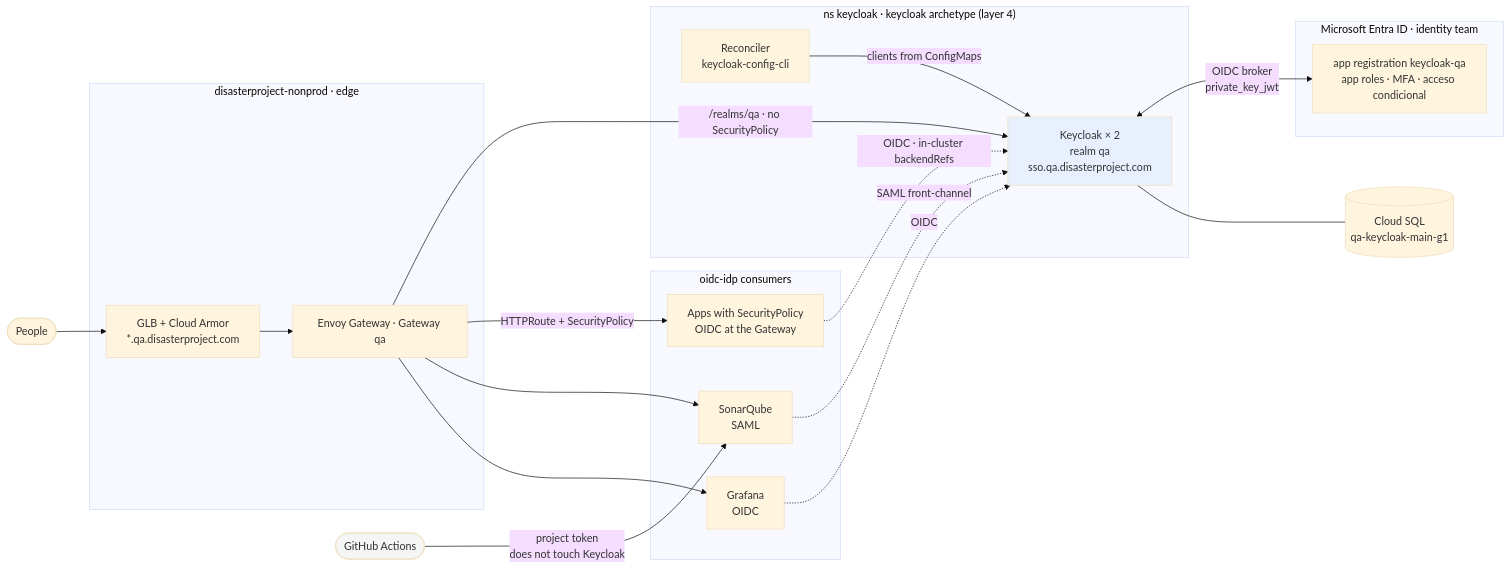
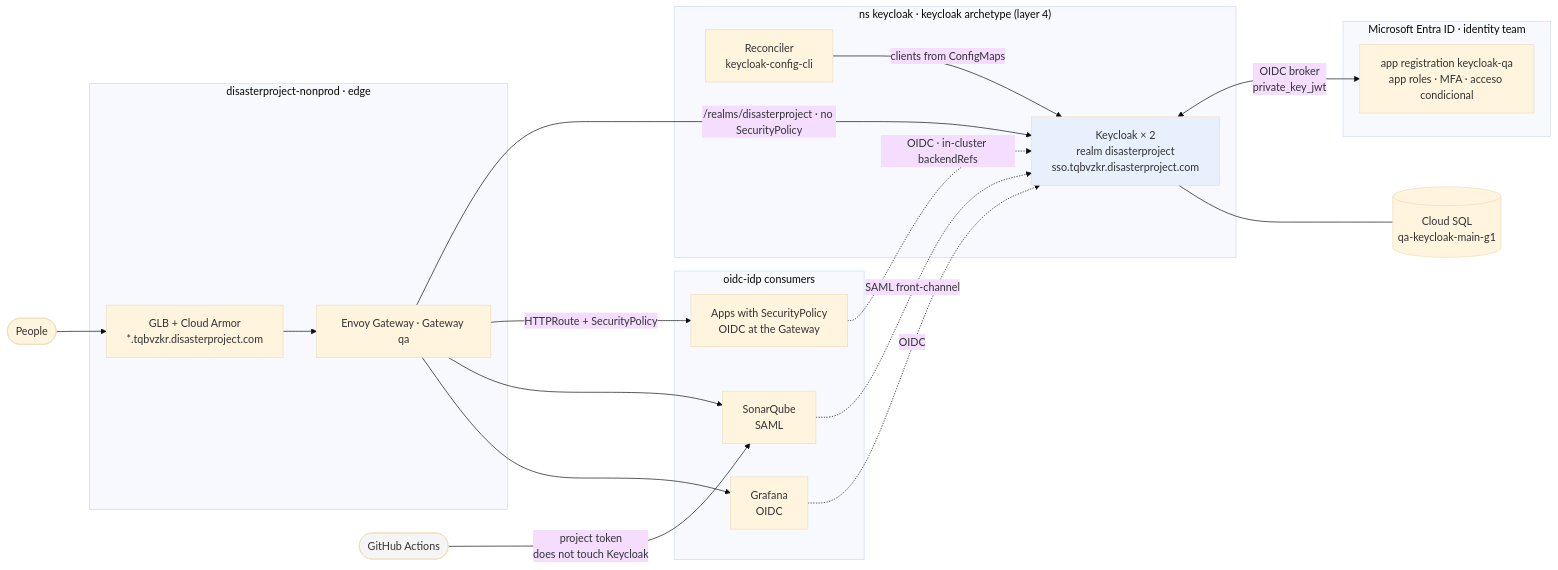
One commit to aescanero/proposal_documents changed the diagram in docs/en/proposals/keycloak-qa/diagrams/01-contexto.mmd. Above: the diagram before and after it, drawn with Mermaid (base theme). The commit also changed 142 other files, not shown here.

```diff
--- a/docs/en/proposals/keycloak-qa/diagrams/01-contexto.mmd
+++ b/docs/en/proposals/keycloak-qa/diagrams/01-contexto.mmd
@@ -1,41 +1,41 @@
 flowchart LR
     U(["People"])
     CI(["GitHub Actions"])
 
     subgraph ENTRA["Microsoft Entra ID · identity team"]
         APP["app registration keycloak-qa<br/>app roles · MFA · acceso condicional"]
     end
 
     subgraph EDGE["disasterproject-nonprod · edge"]
-        GLB["GLB + Cloud Armor<br/>*.qa.disasterproject.com"]
+        GLB["GLB + Cloud Armor<br/>*.tqbvzkr.disasterproject.com"]
         GW["Envoy Gateway · Gateway qa"]
     end
 
     subgraph KC["ns keycloak · keycloak archetype (layer 4)"]
-        K["Keycloak × 2<br/>realm qa<br/>sso.qa.disasterproject.com"]
+        K["Keycloak × 2<br/>realm disasterproject<br/>sso.tqbvzkr.disasterproject.com"]
         R["Reconciler<br/>keycloak-config-cli"]
     end
 
     CSQL[("Cloud SQL<br/>qa-keycloak-main-g1")]
 
     subgraph CONS["oidc-idp consumers"]
         SQ["SonarQube<br/>SAML"]
         GF["Grafana<br/>OIDC"]
         SP["Apps with SecurityPolicy<br/>OIDC at the Gateway"]
     end
 
     U --> GLB --> GW
-    GW -->|"/realms/qa · no SecurityPolicy"| K
+    GW -->|"/realms/disasterproject · no SecurityPolicy"| K
     GW -->|"HTTPRoute + SecurityPolicy"| SP
     GW --> SQ
     GW --> GF
     K <-->|"OIDC broker<br/>private_key_jwt"| APP
     K --- CSQL
     R -->|"clients from ConfigMaps"| K
     SQ -. "SAML front-channel" .-> K
     GF -. "OIDC" .-> K
     SP -. "OIDC · in-cluster backendRefs" .-> K
     CI -->|"project token<br/>does not touch Keycloak"| SQ
 
     style K fill:#e8f0fe
     style CI fill:#f5f5f5
```
